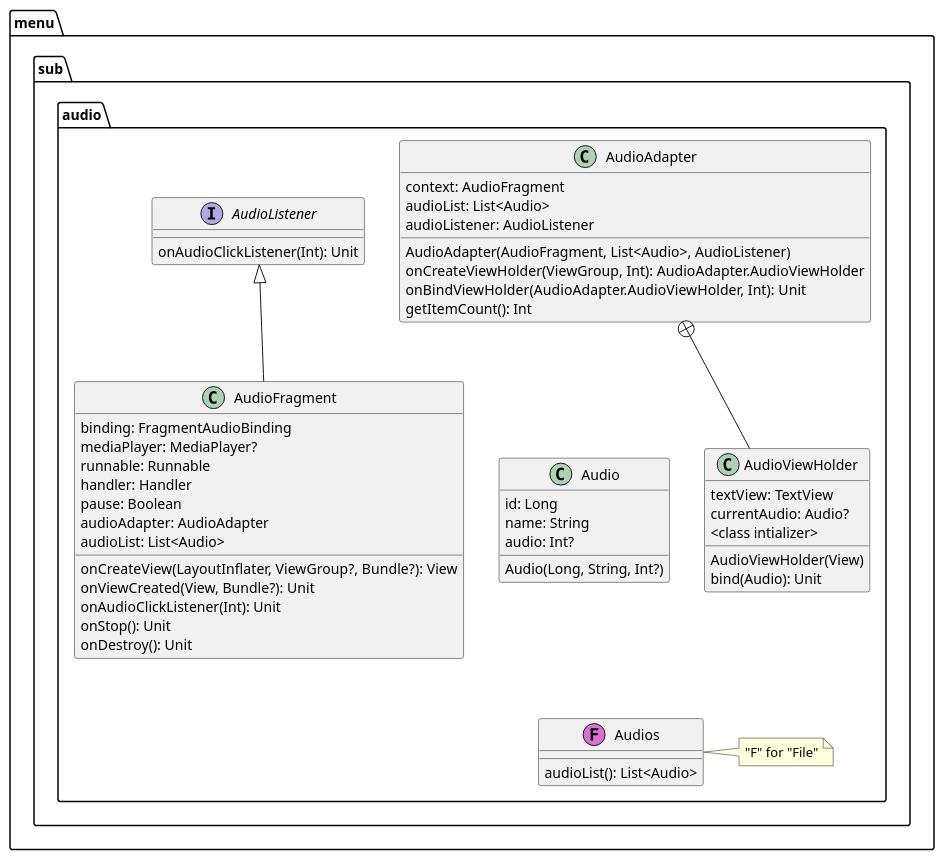
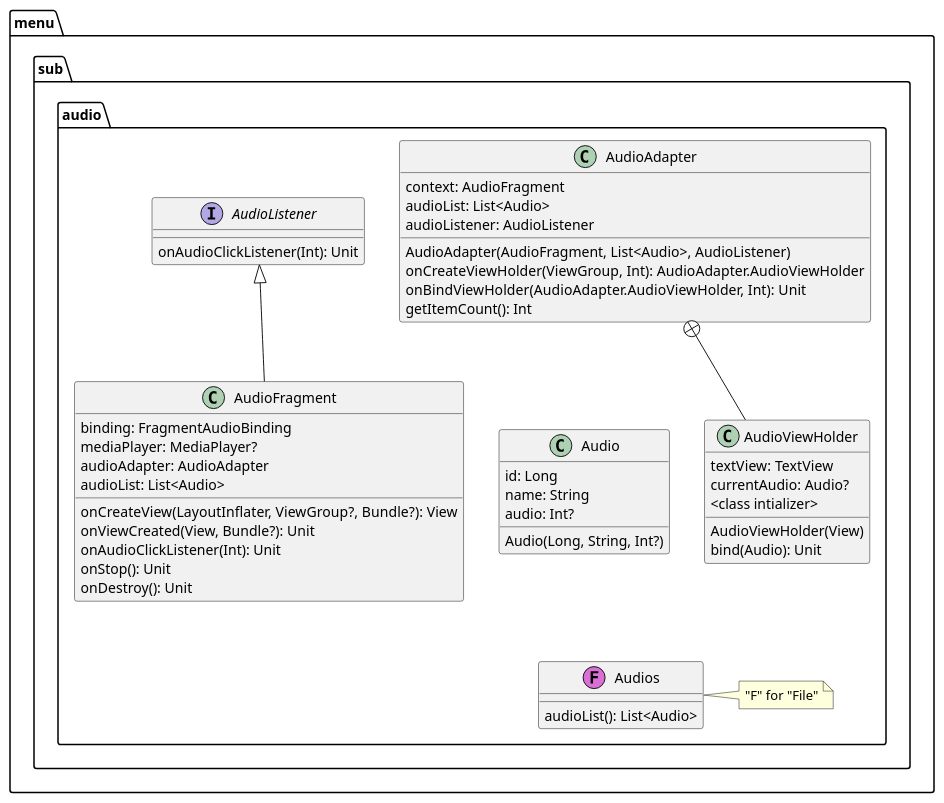
One commit to vertigonale/botify2 changed the diagram in Documents/packageAudio_old.puml. Above: the diagram before and after it, drawn with PlantUML. The commit also changed 9 other files, not shown here.

Commit message:
update class diagrams, add use case diagrams

```diff
--- a/Documents/packageAudio_old.puml
+++ b/Documents/packageAudio_old.puml
@@ -1,68 +1,65 @@
 @startuml
 package "menu" {
     package "sub" {
         package "audio" {
 
             class AudioFragment {
                 binding: FragmentAudioBinding
                 mediaPlayer: MediaPlayer?
-                runnable: Runnable
-                handler: Handler
-                pause: Boolean
                 audioAdapter: AudioAdapter
                 audioList: List<Audio>
                 onCreateView(LayoutInflater, ViewGroup?, Bundle?): View
                 onViewCreated(View, Bundle?): Unit
                 onAudioClickListener(Int): Unit
                 onStop(): Unit
                 onDestroy(): Unit
             }
 
             class AudioAdapter {
                 context: AudioFragment
                 audioList: List<Audio>
                 audioListener: AudioListener
                 AudioAdapter(AudioFragment, List<Audio>, AudioListener)
                 onCreateViewHolder(ViewGroup, Int): AudioAdapter.AudioViewHolder
                 onBindViewHolder(AudioAdapter.AudioViewHolder, Int): Unit
                 getItemCount(): Int
             }
 
             class AudioViewHolder {
                 textView: TextView
                 currentAudio: Audio?
             ' TODO what to do with this pain in the ass?
                 <class intializer>
                 AudioViewHolder(View)
                 bind(Audio): Unit
             }
 
             class Audio {
                 id: Long
                 name: String
                 audio: Int?
                 Audio(Long, String, Int?)
             }
 
             interface AudioListener {
                 onAudioClickListener(Int): Unit
             }
             'TODO how to handle "Audios.kt"
             class Audios <<(F,orchid)>> {
                 audioList(): List<Audio>
 
             }
             note right: "F" for "File"
         }
     }
 }
 
 ' dependencies
     AudioListener <|-- AudioFragment
     AudioAdapter +-- AudioViewHolder
 
 ' output layout
     Audio-[hidden]-> Audios
     AudioViewHolder -[hidden]-> Audios
     AudioAdapter-[hidden]>Audio
 @enduml
```
